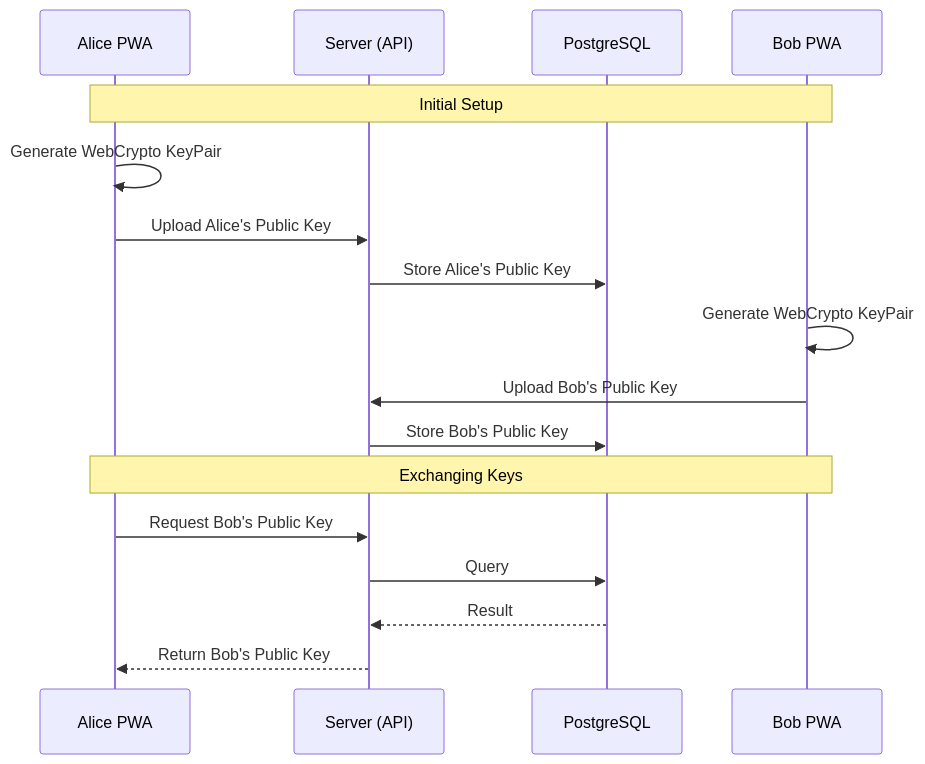
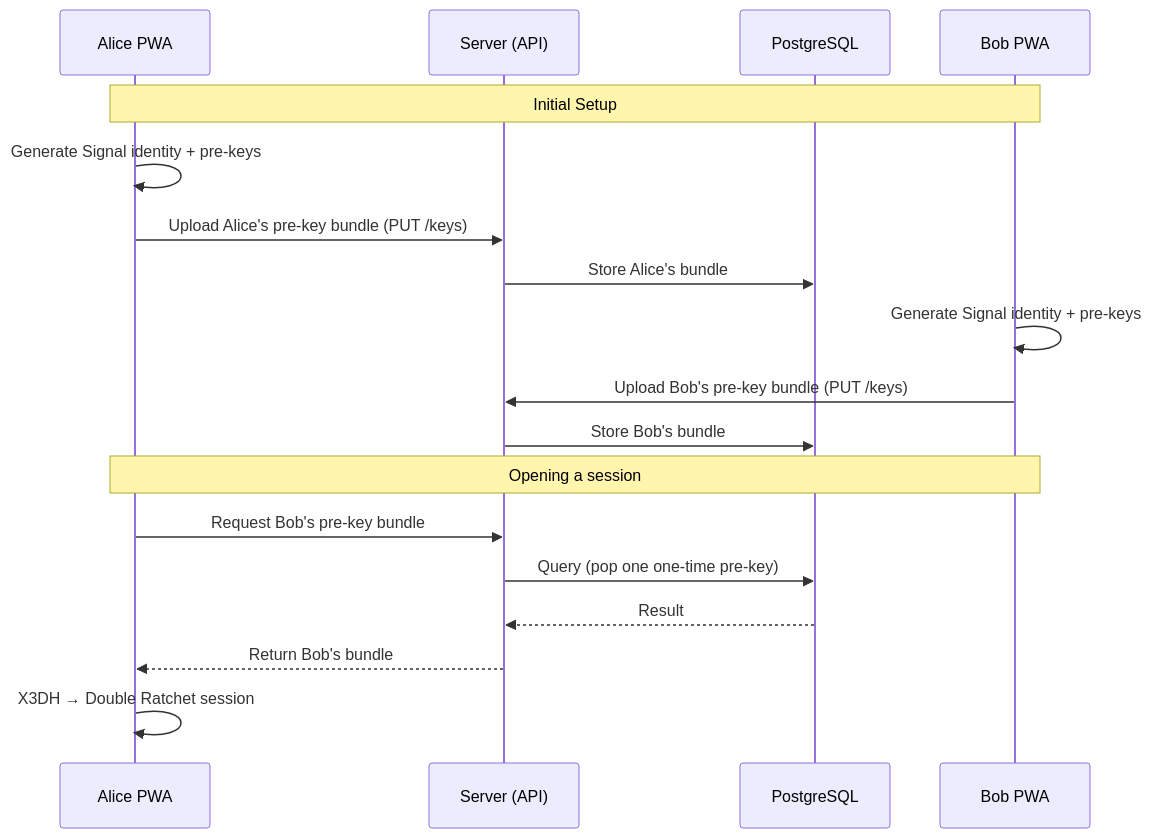
Before and after one commit to olshanskyev/fourletters-meta: the third of 7 diagrams in doc/ARCHITECTURE.md, drawn with Mermaid. The commit also changed other lines of this file and 8 other files, not shown here.

````diff
--- a/doc/ARCHITECTURE.md
+++ b/doc/ARCHITECTURE.md
@@ -90,21 +90,22 @@
 ```mermaid
 sequenceDiagram
     participant Alice as Alice PWA
     participant Server as Server (API)
     participant DB as PostgreSQL
     participant Bob as Bob PWA
 
     Note over Alice,Bob: Initial Setup
-    Alice->>Alice: Generate WebCrypto KeyPair
-    Alice->>Server: Upload Alice's Public Key
-    Server->>DB: Store Alice's Public Key
-    Bob->>Bob: Generate WebCrypto KeyPair
-    Bob->>Server: Upload Bob's Public Key
-    Server->>DB: Store Bob's Public Key
+    Alice->>Alice: Generate Signal identity + pre-keys
+    Alice->>Server: Upload Alice's pre-key bundle (PUT /keys)
+    Server->>DB: Store Alice's bundle
+    Bob->>Bob: Generate Signal identity + pre-keys
+    Bob->>Server: Upload Bob's pre-key bundle (PUT /keys)
+    Server->>DB: Store Bob's bundle
 
-    Note over Alice,Bob: Exchanging Keys
-    Alice->>Server: Request Bob's Public Key
-    Server->>DB: Query
+    Note over Alice,Bob: Opening a session
+    Alice->>Server: Request Bob's pre-key bundle
+    Server->>DB: Query (pop one one-time pre-key)
     DB-->>Server: Result
-    Server-->>Alice: Return Bob's Public Key
+    Server-->>Alice: Return Bob's bundle
+    Alice->>Alice: X3DH → Double Ratchet session
 ```
````
